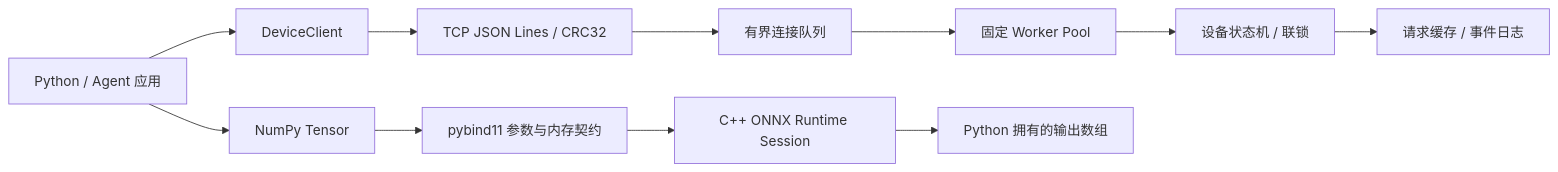
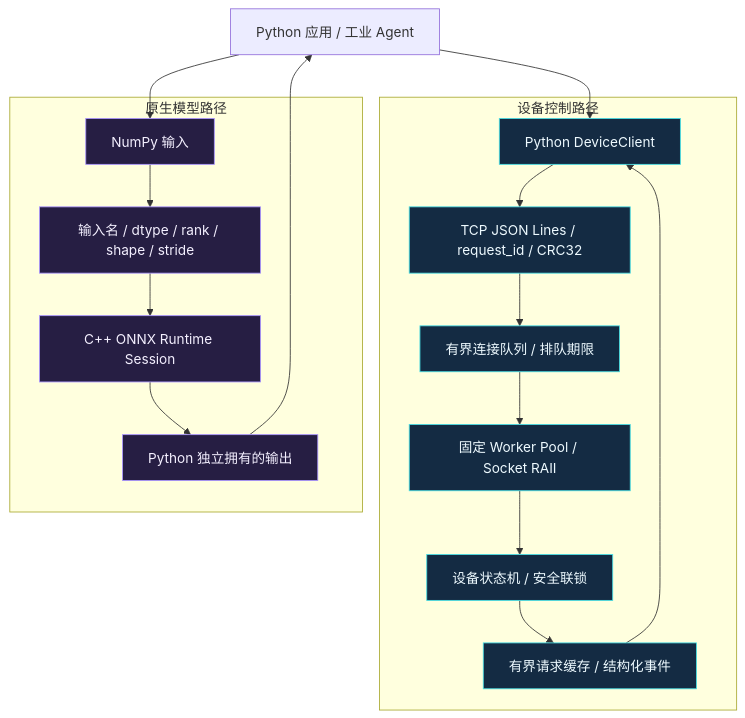
One commit to KristenYue/edge-device-verification-lab changed the diagram in README.md. Above: the diagram before and after it, drawn with Mermaid. The commit also changed other lines of this file, not shown here.

````diff
--- a/README.md
+++ b/README.md
@@ -21,13 +44,40 @@
 ```mermaid
-flowchart LR
-    A[Python / Agent 应用] --> C[DeviceClient]
-    C --> T[TCP JSON Lines / CRC32]
-    T --> Q[有界连接队列]
-    Q --> W[固定 Worker Pool]
-    W --> D[设备状态机 / 联锁]
-    D --> I[请求缓存 / 事件日志]
-    A --> N[NumPy Tensor]
-    N --> B[pybind11 参数与内存契约]
-    B --> O[C++ ONNX Runtime Session]
-    O --> E[Python 拥有的输出数组]
+flowchart TB
+    A["Python 应用 / 工业 Agent"]
+
+    subgraph DEVICE["设备控制路径"]
+        C["Python DeviceClient"]
+        T["TCP JSON Lines / request_id / CRC32"]
+        Q["有界连接队列 / 排队期限"]
+        W["固定 Worker Pool / Socket RAII"]
+        D["设备状态机 / 安全联锁"]
+        L["有界请求缓存 / 结构化事件"]
+    end
+
+    subgraph MODEL["原生模型路径"]
+        N["NumPy 输入"]
+        V["输入名 / dtype / rank / shape / stride"]
+        S["C++ ONNX Runtime Session"]
+        O["Python 独立拥有的输出"]
+    end
+
+    A --> C
+    C --> T
+    T --> Q
+    Q --> W
+    W --> D
+    D --> L
+    L --> C
+
+    A --> N
+    N --> V
+    V --> S
+    S --> O
+    O --> A
+
+    classDef device fill:#142b43,stroke:#46dfe5,color:#eefaff;
+    classDef model fill:#261e43,stroke:#aa95ff,color:#f4f0ff;
+
+    class C,T,Q,W,D,L device;
+    class N,V,S,O model;
 ```
````
